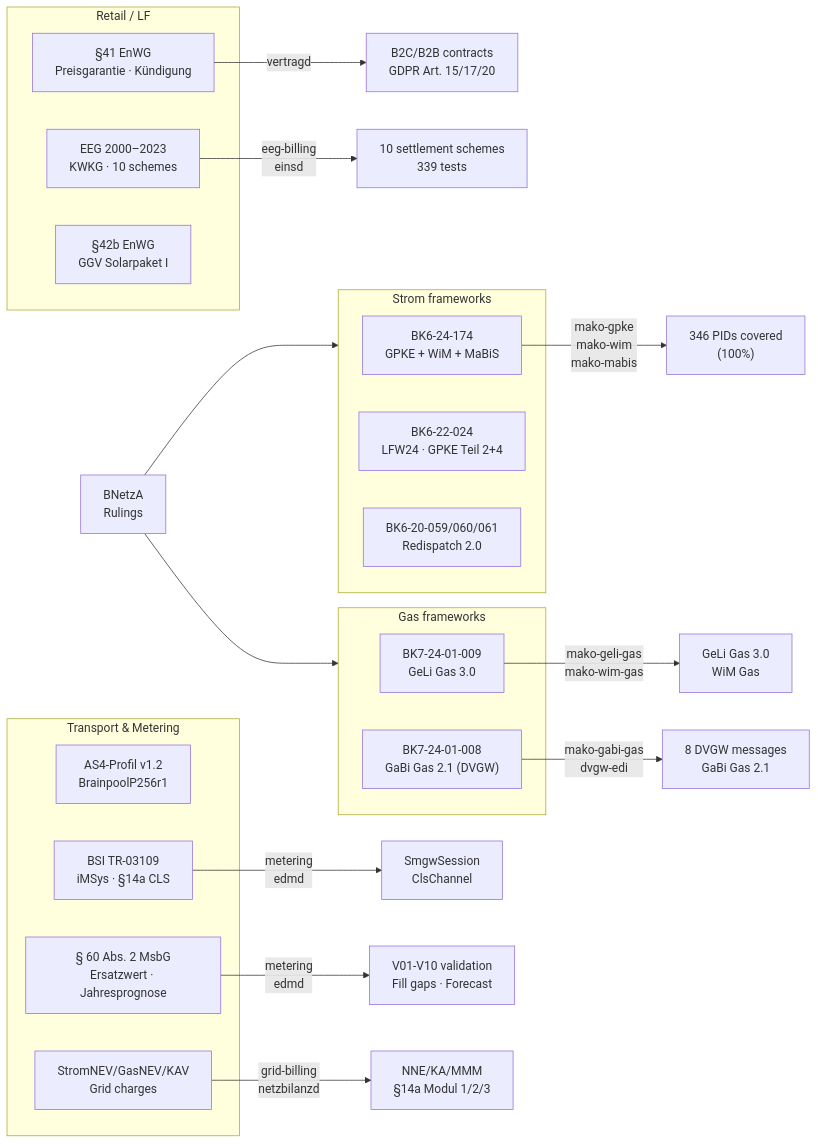
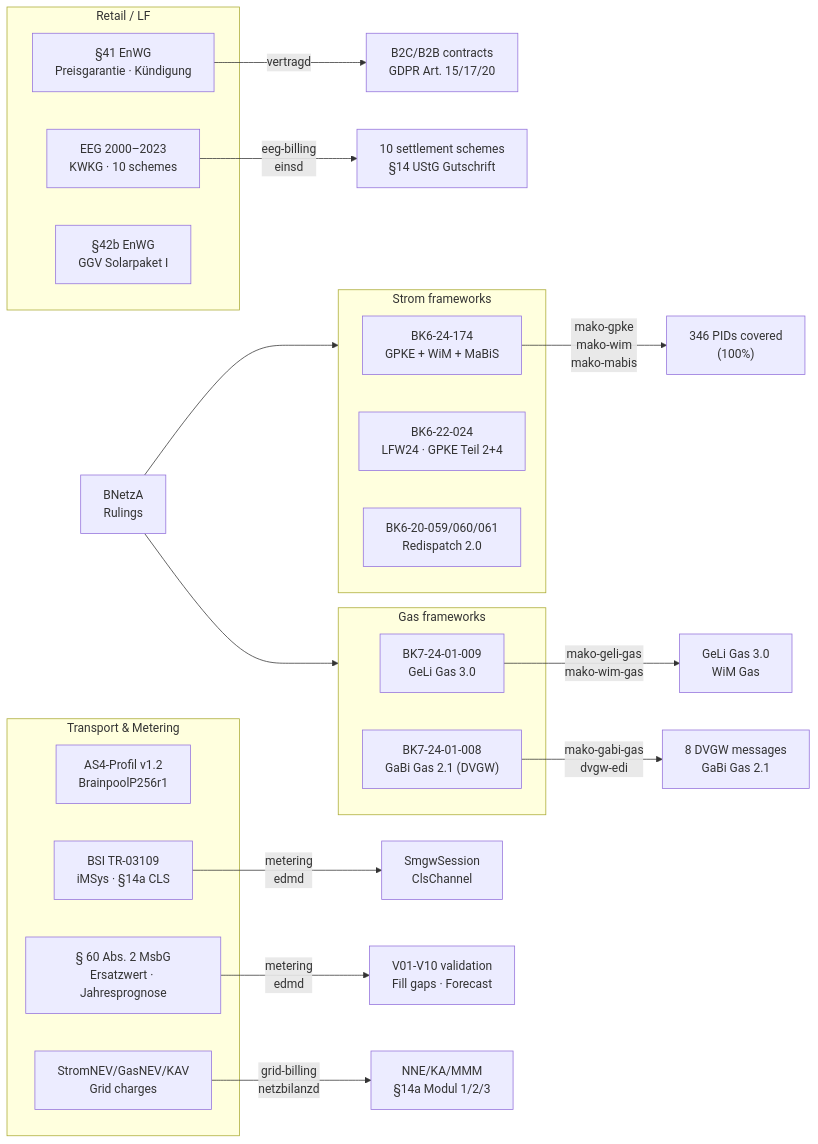
The diagram in docs/regulatory.md (hupe1980/mako), drawn with Mermaid before and after one commit. The commit also changed other lines of this file and 147 other files, not shown here.

````diff
--- a/docs/regulatory.md
+++ b/docs/regulatory.md
@@ -29,40 +29,40 @@
 ```mermaid
 graph LR
     BNetzA["BNetzA\nRulings"]
 
     subgraph strom ["Strom frameworks"]
         BK6_24["BK6-24-174\nGPKE + WiM + MaBiS"]
         BK6_22["BK6-22-024\nLFW24 · GPKE Teil 2+4"]
         BK6_20["BK6-20-059/060/061\nRedispatch 2.0"]
     end
 
     subgraph gas ["Gas frameworks"]
         BK7_24["BK7-24-01-009\nGeLi Gas 3.0"]
         BK7_14["BK7-24-01-008\nGaBi Gas 2.1 (DVGW)"]
     end
 
     subgraph retail ["Retail / LF"]
         ENW41["§41 EnWG\nPreisgarantie · Kündigung"]
         EEG["EEG 2000–2023\nKWKG · 10 schemes"]
         SOLA["§42b EnWG\nGGV Solarpaket I"]
     end
 
     subgraph transport ["Transport & Metering"]
         AS4["AS4-Profil v1.2\nBrainpoolP256r1"]
         BSI["BSI TR-03109\niMSys · §14a CLS"]
         MsbG["§ 60 Abs. 2 MsbG\nErsatzwert · Jahresprognose"]
         NNNEV["StromNEV/GasNEV/KAV\nGrid charges"]
     end
 
     BNetzA --> strom
     BNetzA --> gas
 
     BK6_24 -->|"mako-gpke\nmako-wim\nmako-mabis"| GPKE_impl["346 PIDs covered\n(100%)"]
     BK7_24 -->|"mako-geli-gas\nmako-wim-gas"| GAS_impl["GeLi Gas 3.0\nWiM Gas"]
     BK7_14 -->|"mako-gabi-gas\ndvgw-edi"| DVGW_impl["8 DVGW messages\nGaBi Gas 2.1"]
     ENW41 -->|"vertragd"| LF_impl["B2C/B2B contracts\nGDPR Art. 15/17/20"]
-    EEG -->|"eeg-billing\neinsd"| EEG_impl["10 settlement schemes\n339 tests"]
+    EEG -->|"eeg-billing\neinsd"| EEG_impl["10 settlement schemes\n§14 UStG Gutschrift"]
     BSI -->|"metering\nedmd"| IOT_impl["SmgwSession\nClsChannel"]
     MsbG -->|"metering\nedmd"| SUB_impl["V01-V10 validation\nFill gaps · Forecast"]
     NNNEV -->|"grid-billing\nnetzbilanzd"| NNE_impl["NNE/KA/MMM\n§14a Modul 1/2/3"]
 ```
````
